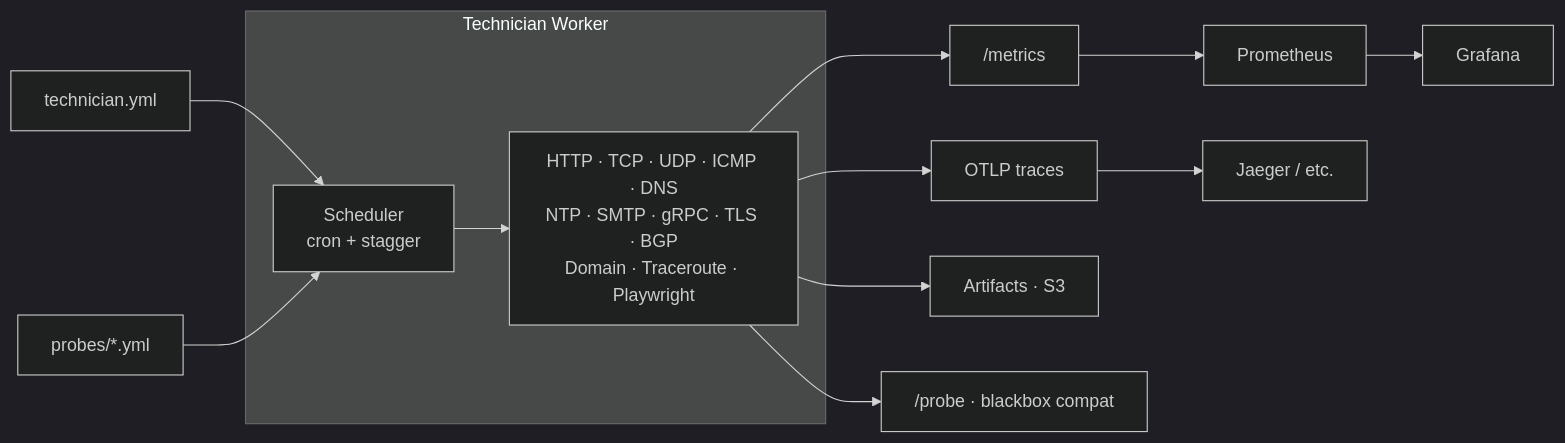
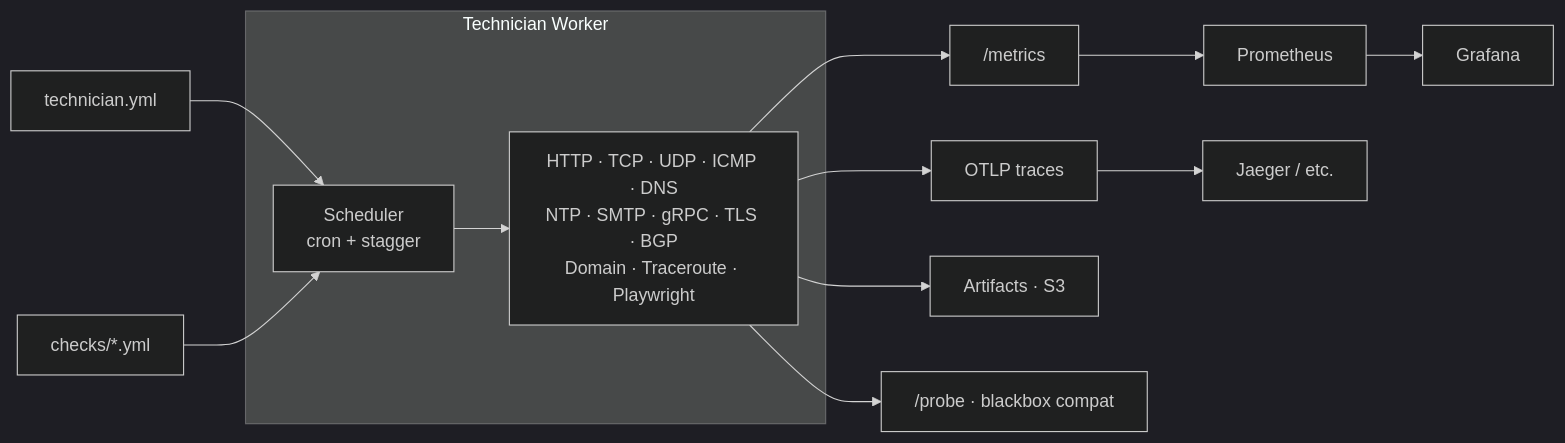
The diagram in README.md (jesseheady/technician), drawn with Mermaid (dark theme) before and after one commit. The commit also changed other lines of this file and 139 other files, not shown here.

````diff
--- a/README.md
+++ b/README.md
@@ -16,19 +16,19 @@
 ```mermaid
 graph LR
     yml[technician.yml] --> sched
-    probes[probes/*.yml] --> sched
+    probes[checks/*.yml] --> sched
 
     subgraph worker [Technician Worker]
         sched[Scheduler<br/>cron + stagger]
         probers[HTTP · TCP · UDP · ICMP · DNS<br/>NTP · SMTP · gRPC · TLS · BGP<br/>Domain · Traceroute · Playwright]
         sched --> probers
     end
 
     probers --> metrics["/metrics"]
     probers --> traces["OTLP traces"]
     probers --> artifacts["Artifacts · S3"]
     probers --> probe_ep["/probe · blackbox compat"]
 
     metrics --> prom[Prometheus] --> grafana[Grafana]
     traces --> jaeger[Jaeger / etc.]
 ```
````
